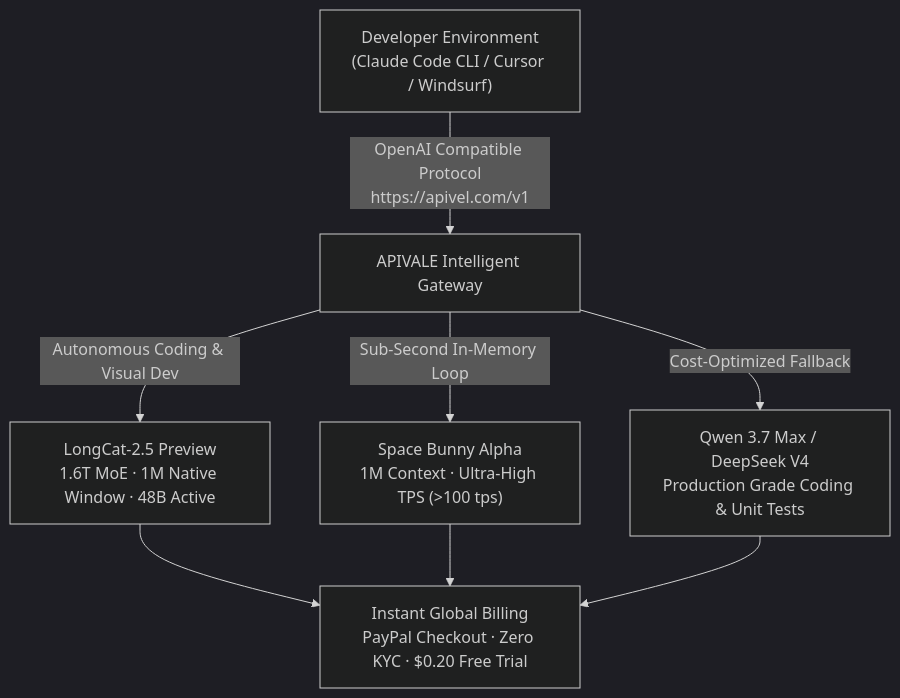
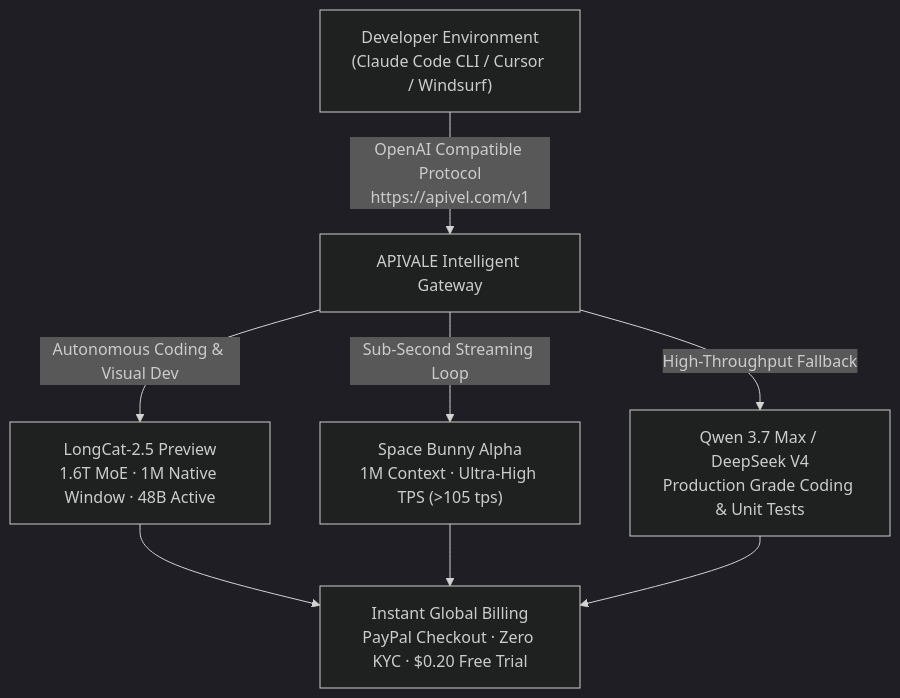
One commit to bshx2024/apivel_blog changed the diagram in src/content/blog/longcat-2-5-preview-benchmark-api-reddit.md. Above: the diagram before and after it, drawn with Mermaid (dark theme). The commit also changed other lines of this file and 1 other file, not shown here.

````diff
--- a/src/content/blog/longcat-2-5-preview-benchmark-api-reddit.md
+++ b/src/content/blog/longcat-2-5-preview-benchmark-api-reddit.md
@@ -43,10 +43,10 @@
 ```mermaid
 graph TD
     A["Developer Environment<br/>(Claude Code CLI / Cursor / Windsurf)"] -->|"OpenAI Compatible Protocol<br/>https://apivel.com/v1"| B["APIVALE Intelligent Gateway"]
     B -->|"Autonomous Coding & Visual Dev"| C["LongCat-2.5 Preview<br/>1.6T MoE · 1M Native Window · 48B Active"]
-    B -->|"Sub-Second In-Memory Loop"| D["Space Bunny Alpha<br/>1M Context · Ultra-High TPS (>100 tps)"]
-    B -->|"Cost-Optimized Fallback"| E["Qwen 3.7 Max / DeepSeek V4<br/>Production Grade Coding & Unit Tests"]
+    B -->|"Sub-Second Streaming Loop"| D["Space Bunny Alpha<br/>1M Context · Ultra-High TPS (>105 tps)"]
+    B -->|"High-Throughput Fallback"| E["Qwen 3.7 Max / DeepSeek V4<br/>Production Grade Coding & Unit Tests"]
     C --> F["Instant Global Billing<br/>PayPal Checkout · Zero KYC · $0.20 Free Trial"]
     D --> F
     E --> F
 ```
````
